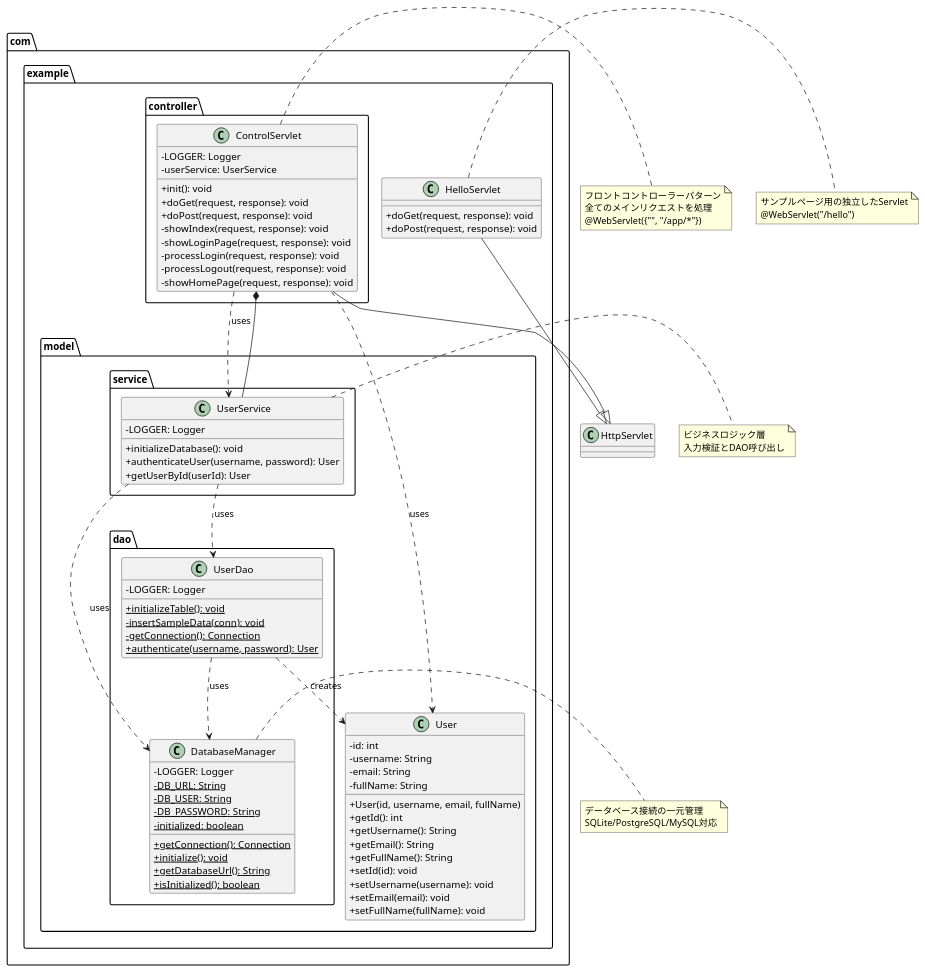
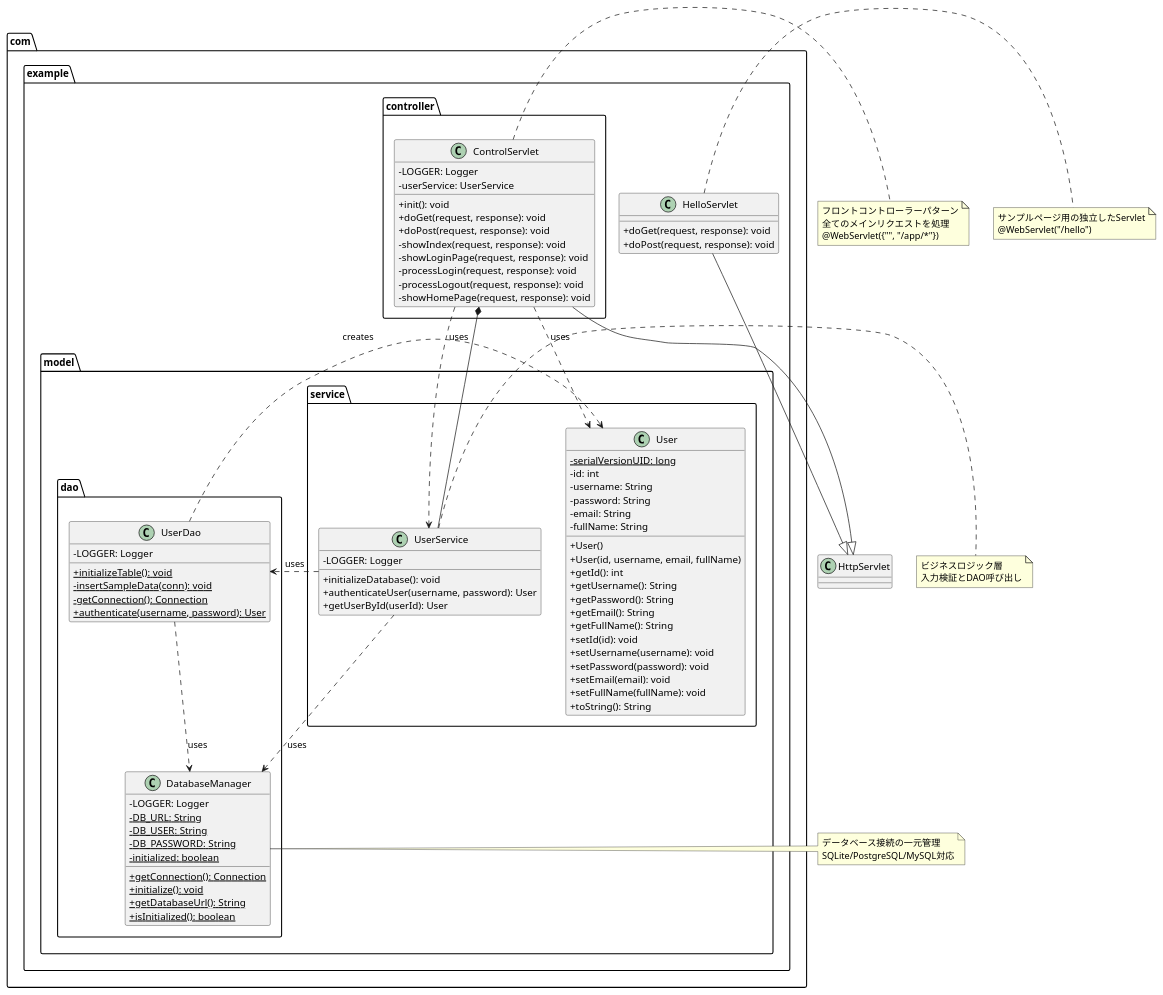
The diagram in docs/class-diagram.puml (to-yuki/jakarta-ee-sample-base), drawn with PlantUML before and after one commit. The commit also changed 8 other files, not shown here.

```diff
--- a/docs/class-diagram.puml
+++ b/docs/class-diagram.puml
@@ -1,117 +1,123 @@
 @startuml クラス図
 
 ' スタイル設定
 skinparam classAttributeIconSize 0
 skinparam shadowing false
 skinparam backgroundColor #FFFFFF
 
 ' パッケージ定義
 package "com.example" {
     class HelloServlet {
         + doGet(request, response): void
         + doPost(request, response): void
     }
 }
 
 package "com.example.controller" {
     class ControlServlet {
         - LOGGER: Logger
         - userService: UserService
         + init(): void
         + doGet(request, response): void
         + doPost(request, response): void
         - showIndex(request, response): void
         - showLoginPage(request, response): void
         - processLogin(request, response): void
         - processLogout(request, response): void
         - showHomePage(request, response): void
     }
 }
 
 package "com.example.model.service" {
     class UserService {
         - LOGGER: Logger
         + initializeDatabase(): void
         + authenticateUser(username, password): User
         + getUserById(userId): User
     }
 }
 
 package "com.example.model.dao" {
     class DatabaseManager {
         - LOGGER: Logger
         - DB_URL: String {static}
         - DB_USER: String {static}
         - DB_PASSWORD: String {static}
         - initialized: boolean {static}
         + getConnection(): Connection {static}
         + initialize(): void {static}
         + getDatabaseUrl(): String {static}
         + isInitialized(): boolean {static}
     }
     
     class UserDao {
         - LOGGER: Logger
         + initializeTable(): void {static}
         - insertSampleData(conn): void {static}
         - getConnection(): Connection {static}
         + authenticate(username, password): User {static}
     }
 }
 
-package "com.example.model" {
+package "com.example.model.service" {
     class User {
+        - serialVersionUID: long {static}
         - id: int
         - username: String
+        - password: String
         - email: String
         - fullName: String
+        + User()
         + User(id, username, email, fullName)
         + getId(): int
         + getUsername(): String
+        + getPassword(): String
         + getEmail(): String
         + getFullName(): String
         + setId(id): void
         + setUsername(username): void
+        + setPassword(password): void
         + setEmail(email): void
         + setFullName(fullName): void
+        + toString(): String
     }
 }
 
 ' 継承関係
 ControlServlet --|> HttpServlet
 HelloServlet --|> HttpServlet
 
 ' 依存関係
 ControlServlet ..> UserService : uses
 ControlServlet ..> User : uses
 UserService ..> UserDao : uses
 UserService ..> DatabaseManager : uses
 UserDao ..> DatabaseManager : uses
 UserDao ..> User : creates
 
 ' コンポジション
 ControlServlet *-- UserService
 
 ' 注釈
 note right of ControlServlet
   フロントコントローラーパターン
   全てのメインリクエストを処理
   @WebServlet({"", "/app/*"})
 end note
 
 note right of HelloServlet
   サンプルページ用の独立したServlet
   @WebServlet("/hello")
 end note
 
 note right of DatabaseManager
   データベース接続の一元管理
   SQLite/PostgreSQL/MySQL対応
 end note
 
 note right of UserService
   ビジネスロジック層
   入力検証とDAO呼び出し
 end note
 
 @enduml
```
